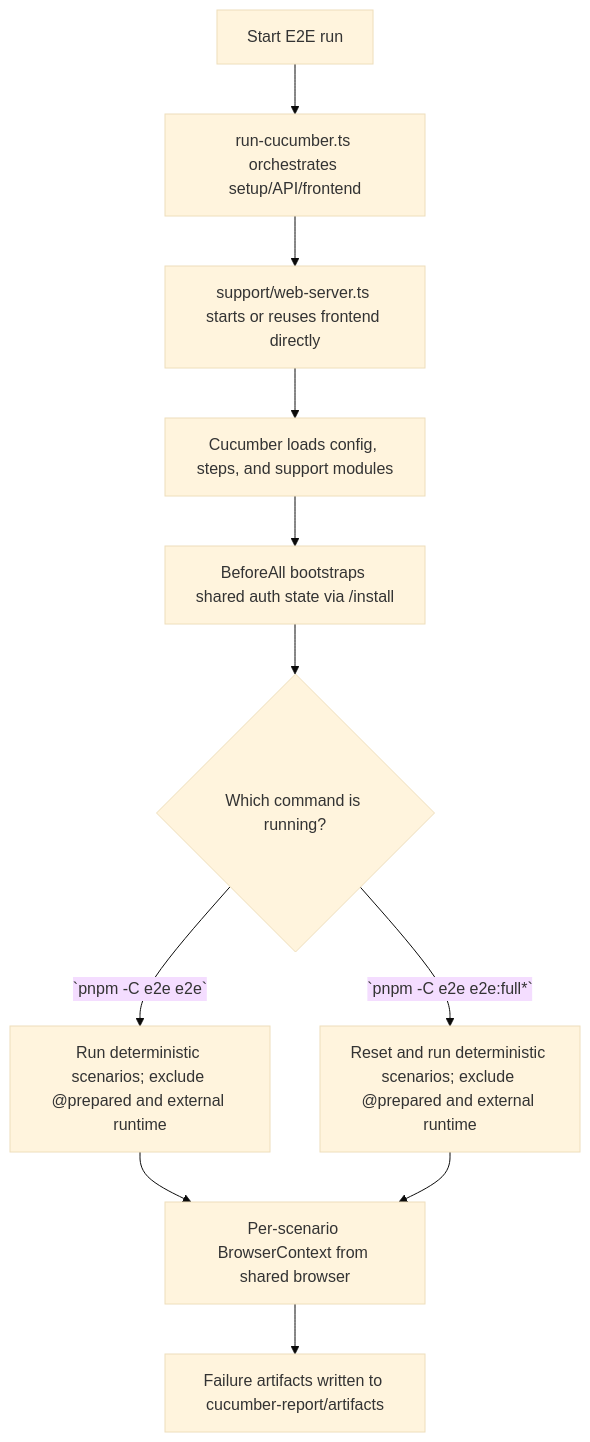
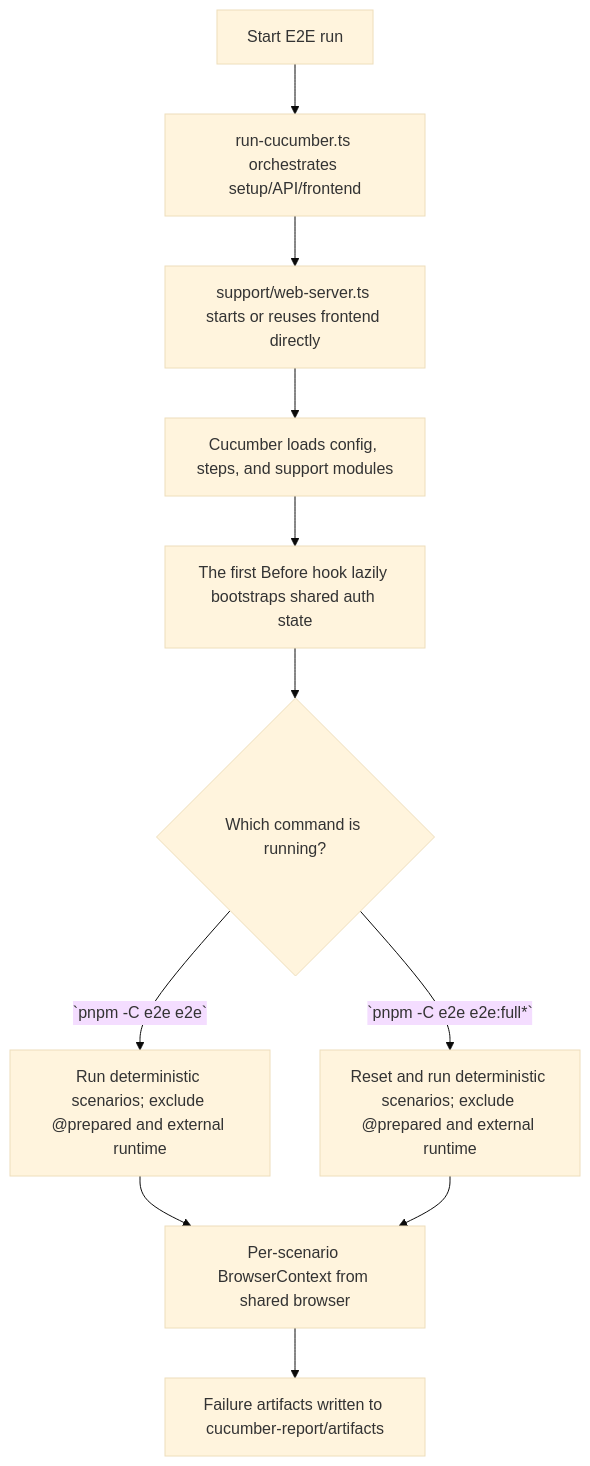
Before and after one commit to langgenius/dify: the diagram in e2e/AGENTS.md, drawn with Mermaid (base theme). The commit also changed other lines of this file and 74 other files, not shown here.

````diff
--- a/e2e/AGENTS.md
+++ b/e2e/AGENTS.md
@@ -79,13 +79,13 @@
 ```mermaid
 flowchart TD
   A["Start E2E run"] --> B["run-cucumber.ts orchestrates setup/API/frontend"]
   B --> C["support/web-server.ts starts or reuses frontend directly"]
   C --> D["Cucumber loads config, steps, and support modules"]
-  D --> E["BeforeAll bootstraps shared auth state via /install"]
+  D --> E["The first Before hook lazily bootstraps shared auth state"]
   E --> F{"Which command is running?"}
   F -->|`pnpm -C e2e e2e`| G["Run deterministic scenarios; exclude @prepared and external runtime"]
   F -->|`pnpm -C e2e e2e:full*`| H["Reset and run deterministic scenarios; exclude @prepared and external runtime"]
   G --> I["Per-scenario BrowserContext from shared browser"]
   H --> I
   I --> J["Failure artifacts written to cucumber-report/artifacts"]
 ```
````
